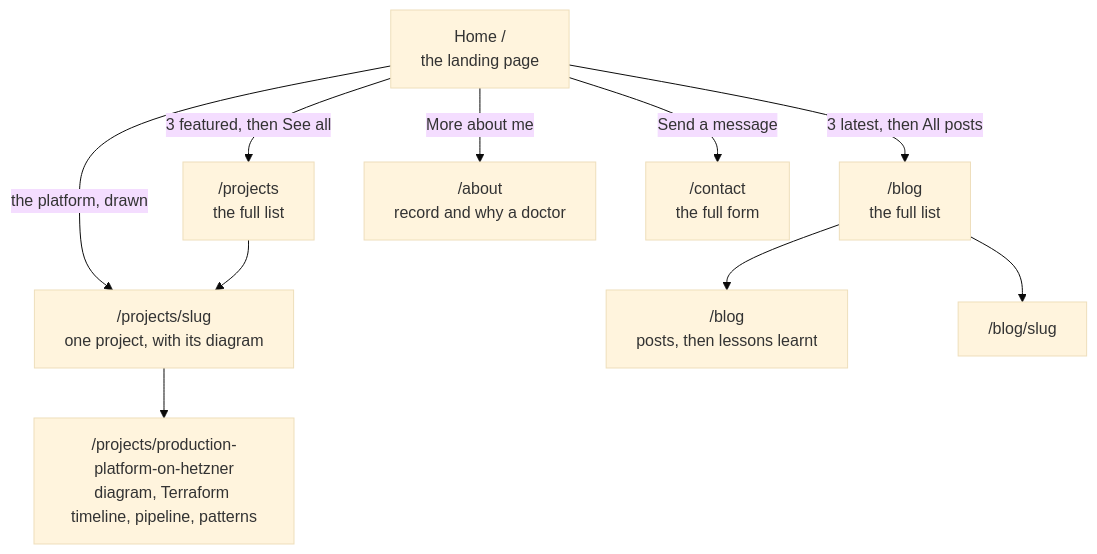
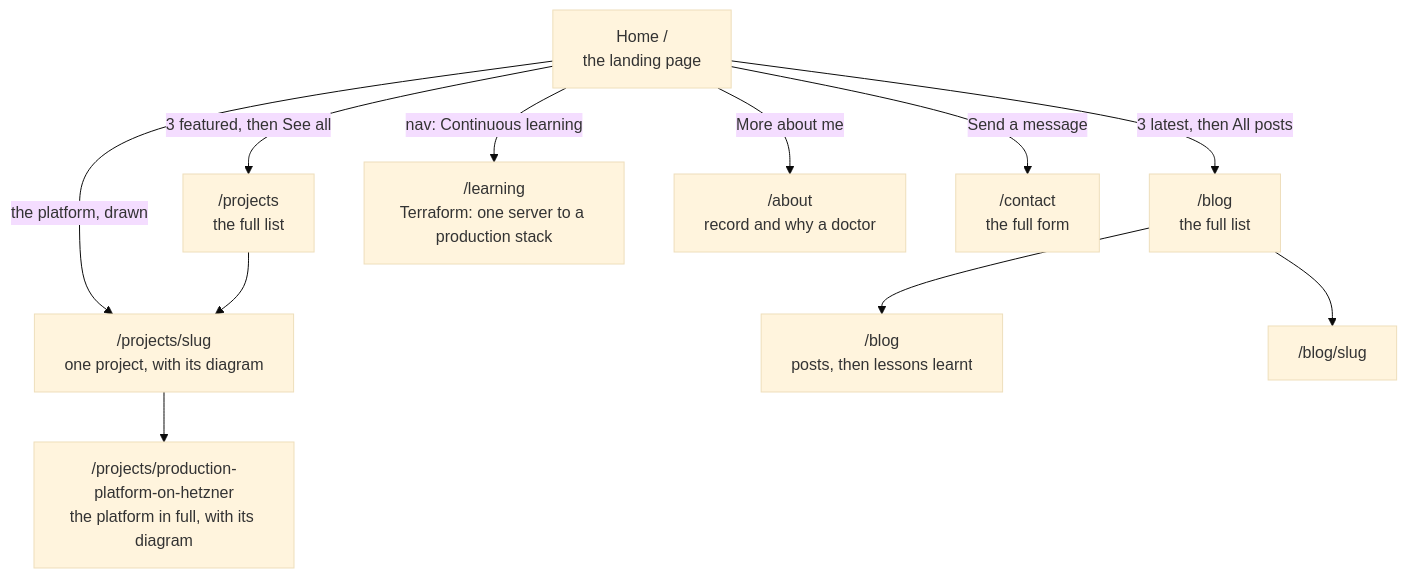
The diagram in docs/infra/09-site-structure-and-content.md (BamiseOmolaso/cloudportfoliowebsite), drawn with Mermaid (base theme) before and after one commit. The commit also changed other lines of this file and 15 other files, not shown here.

Commit message:
feat: moving tool logos, plain step names, flow strips, patterns and pipeline on home, Continuous learning page

````diff
--- a/docs/infra/09-site-structure-and-content.md
+++ b/docs/infra/09-site-structure-and-content.md
@@ -15,13 +15,14 @@
 ```mermaid
 flowchart TD
   H["Home /<br/>the landing page"]
   H -->|"the platform, drawn"| PS
   H -->|"3 featured, then See all"| P["/projects<br/>the full list"]
   H -->|"3 latest, then All posts"| B["/blog<br/>the full list"]
+  H -->|"nav: Continuous learning"| LR["/learning<br/>Terraform: one server to a production stack"]
   H -->|"More about me"| AB["/about<br/>record and why a doctor"]
   H -->|"Send a message"| CF["/contact<br/>the full form"]
   P --> PS["/projects/slug<br/>one project, with its diagram"]
-  PS --> PL["/projects/production-platform-on-hetzner<br/>diagram, Terraform timeline, pipeline, patterns"]
+  PS --> PL["/projects/production-platform-on-hetzner<br/>the platform in full, with its diagram"]
   B --> L["/blog<br/>posts, then lessons learnt"]
   B --> BS["/blog/slug"]
 ```
````
